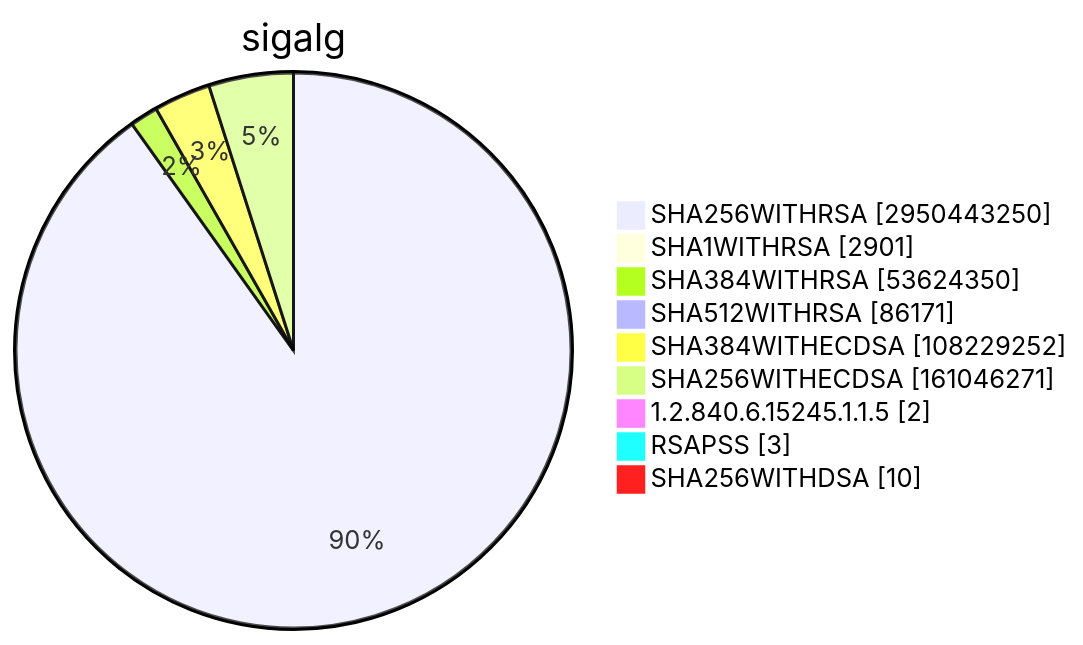
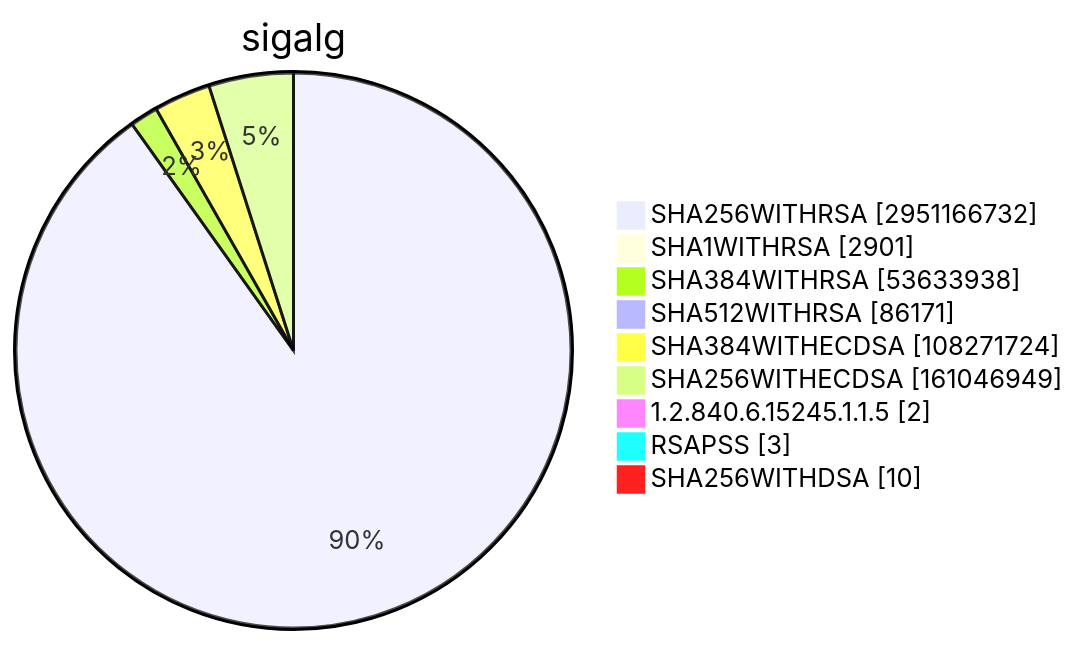
Before and after one commit to christiankrug/ctmonitor_visualization: diagram 15 of 15 in TOTAL/README.md, drawn with Mermaid. The commit also changed other lines of this file, not shown here.

````diff
--- a/TOTAL/README.md
+++ b/TOTAL/README.md
@@ -6207,13 +6207,13 @@
 ```mermaid
 pie showData
 title sigalg
-"SHA256WITHRSA" :2950443250
+"SHA256WITHRSA" :2951166732
 "SHA1WITHRSA" :2901
-"SHA384WITHRSA" :53624350
+"SHA384WITHRSA" :53633938
 "SHA512WITHRSA" :86171
-"SHA384WITHECDSA" :108229252
-"SHA256WITHECDSA" :161046271
+"SHA384WITHECDSA" :108271724
+"SHA256WITHECDSA" :161046949
 "1.2.840.6.15245.1.1.5" :2
 "RSAPSS" :3
 "SHA256WITHDSA" :10
 ```
````
